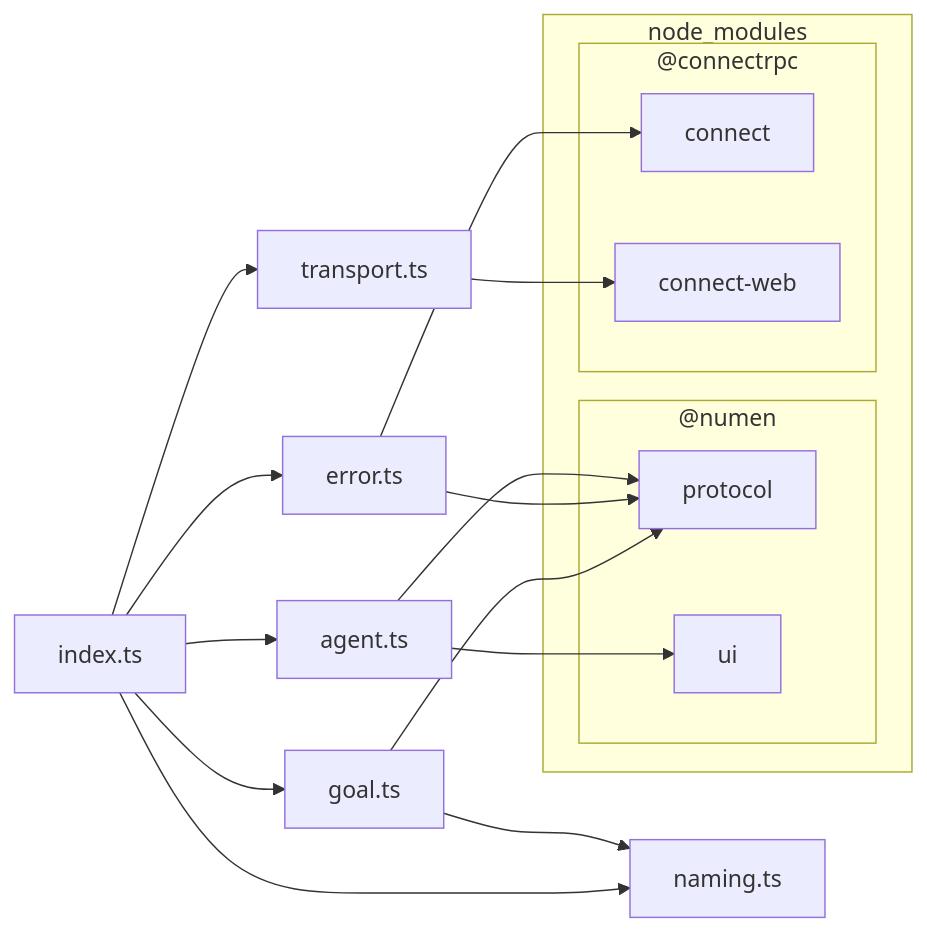
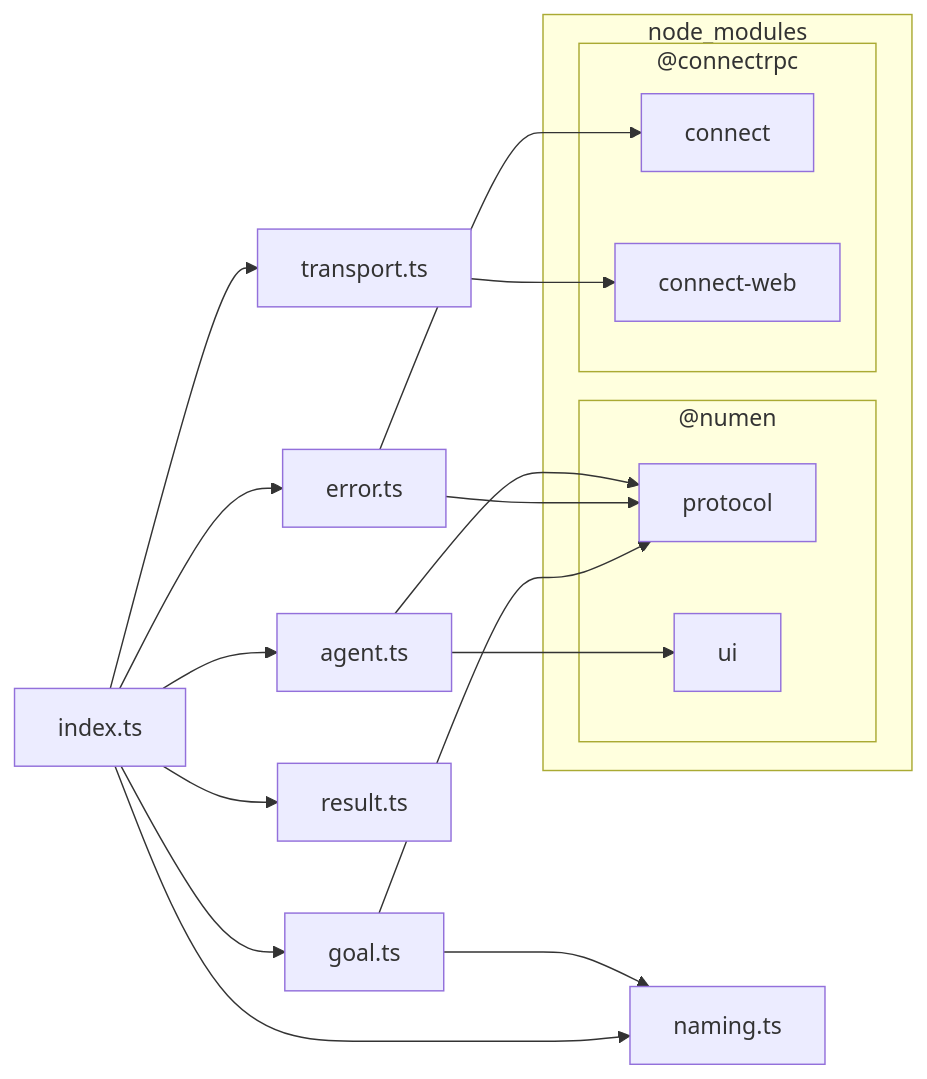
Before and after one commit to jiva-studio/numen: the second of 5 diagrams in docs/dependencies.md, drawn with Mermaid. The commit also changed other lines of this file, not shown here.

Commit message:
docs(repo): the drawing matches the code
The wire gained result.ts and the stencil page reads the deck entity.
Neither edge was drawn, because the gate that draws them had not been
run since.

````diff
--- a/docs/dependencies.md
+++ b/docs/dependencies.md
@@ -135,32 +135,34 @@
 ```mermaid
 flowchart LR
 
 subgraph 2["node_modules"]
 subgraph 3["@connectrpc"]
 4["connect"]
 5["connect-web"]
 end
 subgraph 6["@numen"]
 7["protocol"]
 8["ui"]
 end
 end
 9["agent.ts"]
 A["error.ts"]
 B["goal.ts"]
 C["index.ts"]
 D["naming.ts"]
-E["transport.ts"]
+E["result.ts"]
+F["transport.ts"]
 9-->7
 9-->8
 A-->4
 A-->7
 B-->7
 B-->D
 C-->9
 C-->A
 C-->B
 C-->D
 C-->E
-E-->5
+C-->F
+F-->5
 ```
````
